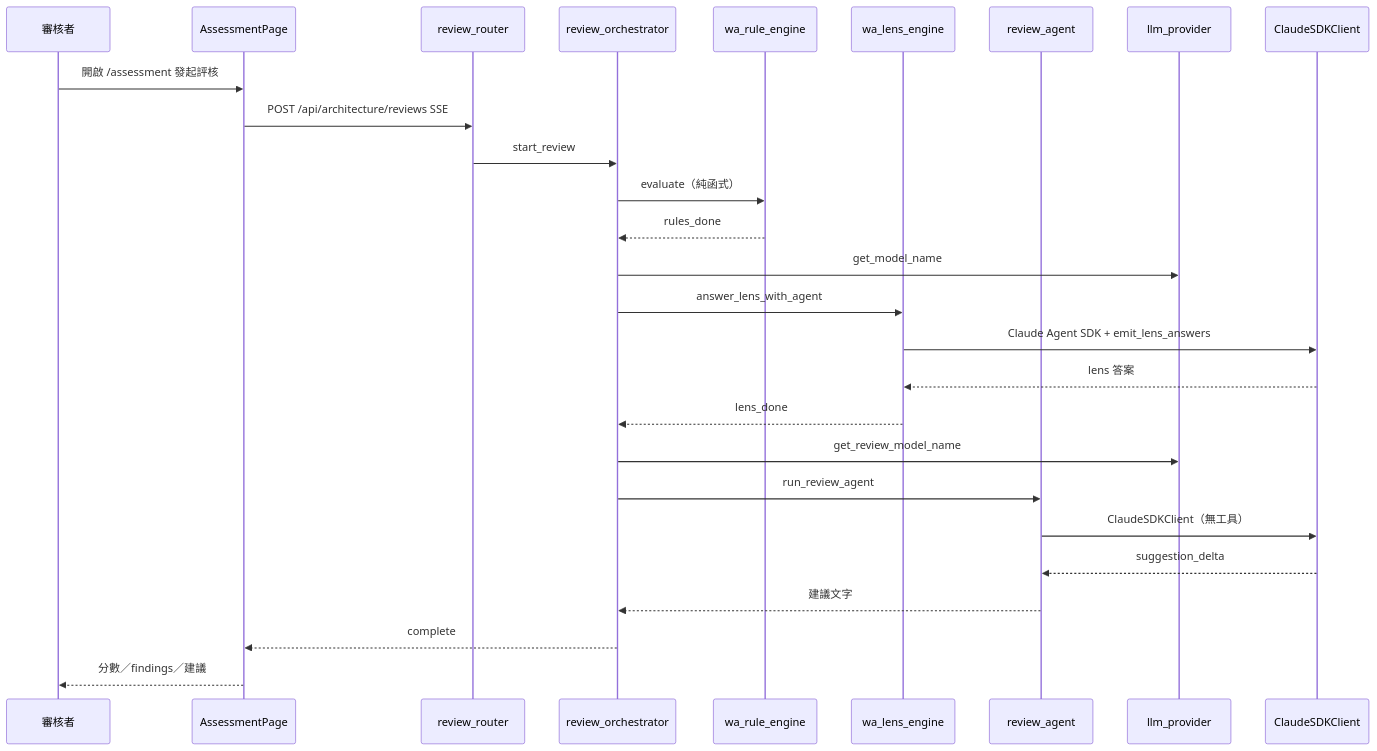
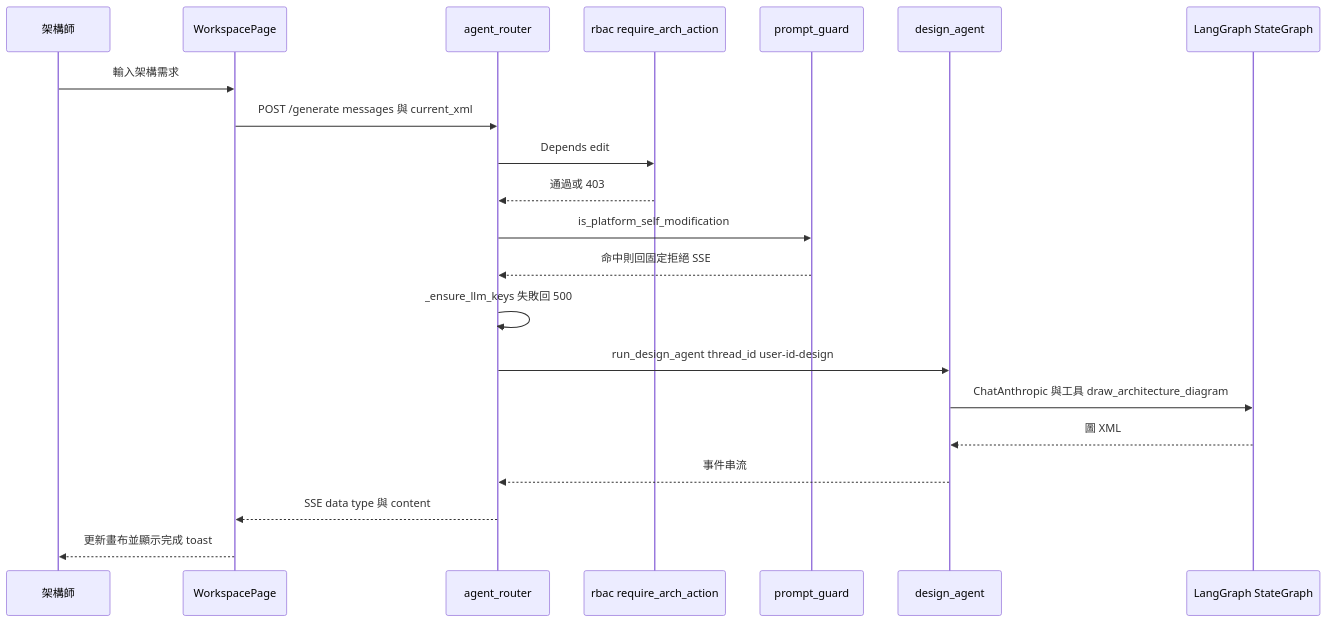
The second of 6 diagrams in aidlc/spaces/default/codekb/cloud/architecture.md (opendiamonds/cloud-360), drawn with Mermaid before and after one commit. The commit also changed other lines of this file and 249 other files, not shown here.

````diff
--- a/aidlc/spaces/default/codekb/cloud/architecture.md
+++ b/aidlc/spaces/default/codekb/cloud/architecture.md
@@ -90,30 +76,24 @@
 ```mermaid
 sequenceDiagram
-  participant U as 審核者
-  participant FE as AssessmentPage
-  participant RR as review_router
-  participant RO as review_orchestrator
-  participant WE as wa_rule_engine
-  participant LE as wa_lens_engine
-  participant RA as review_agent
-  participant LP as llm_provider
-  participant SDK as ClaudeSDKClient
+  participant U as 架構師
+  participant FE as WorkspacePage
+  participant AR as agent_router
+  participant RB as rbac require_arch_action
+  participant PG as prompt_guard
+  participant DA as design_agent
+  participant LG as LangGraph StateGraph
 
-  U->>FE: 開啟 /assessment 發起評核
-  FE->>RR: POST /api/architecture/reviews SSE
-  RR->>RO: start_review
-  RO->>WE: evaluate（純函式）
-  WE-->>RO: rules_done
-  RO->>LP: get_model_name
-  RO->>LE: answer_lens_with_agent
-  LE->>SDK: Claude Agent SDK + emit_lens_answers
-  SDK-->>LE: lens 答案
-  LE-->>RO: lens_done
-  RO->>LP: get_review_model_name
-  RO->>RA: run_review_agent
-  RA->>SDK: ClaudeSDKClient（無工具）
-  SDK-->>RA: suggestion_delta
-  RA-->>RO: 建議文字
-  RO-->>FE: complete
-  FE-->>U: 分數／findings／建議
+  U->>FE: 輸入架構需求
+  FE->>AR: POST /generate messages 與 current_xml
+  AR->>RB: Depends edit
+  RB-->>AR: 通過或 403
+  AR->>PG: is_platform_self_modification
+  PG-->>AR: 命中則回固定拒絕 SSE
+  AR->>AR: _ensure_llm_keys 失敗回 500
+  AR->>DA: run_design_agent thread_id user-id-design
+  DA->>LG: ChatAnthropic 與工具 draw_architecture_diagram
+  LG-->>DA: 圖 XML
+  DA-->>AR: 事件串流
+  AR-->>FE: SSE data type 與 content
+  FE-->>U: 更新畫布並顯示完成 toast
 ```
````
